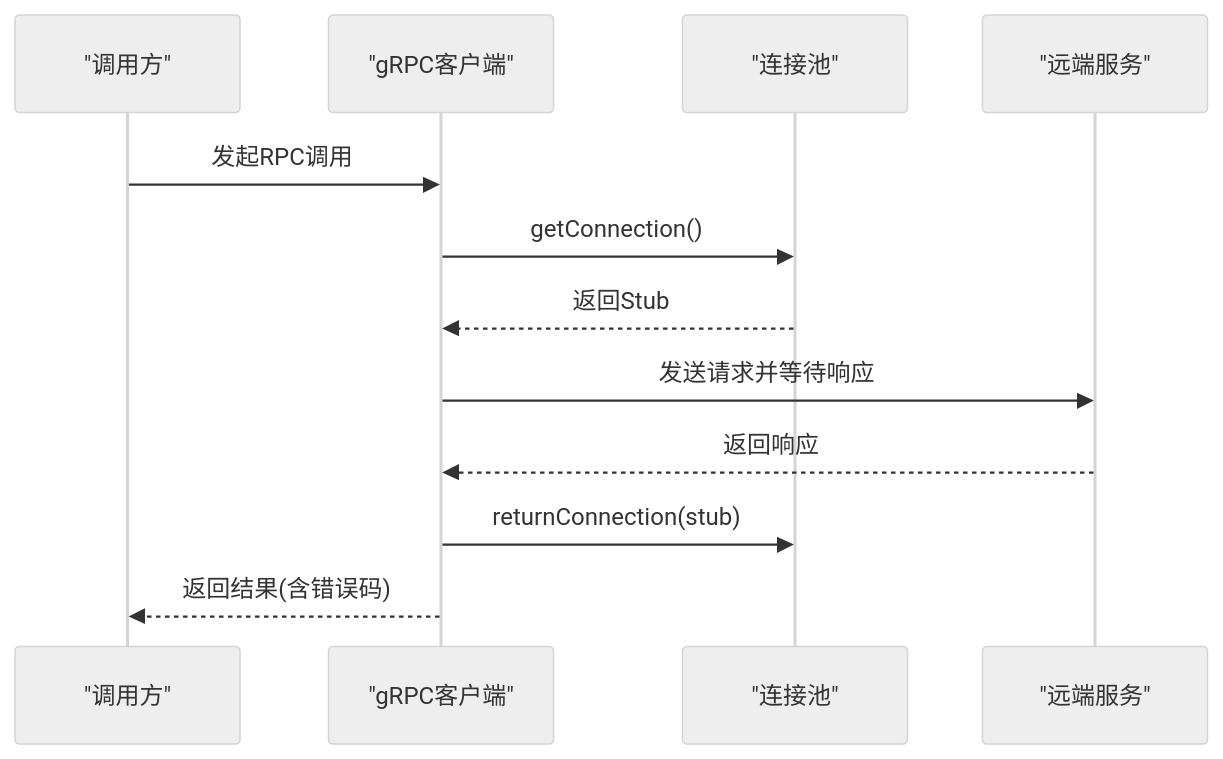
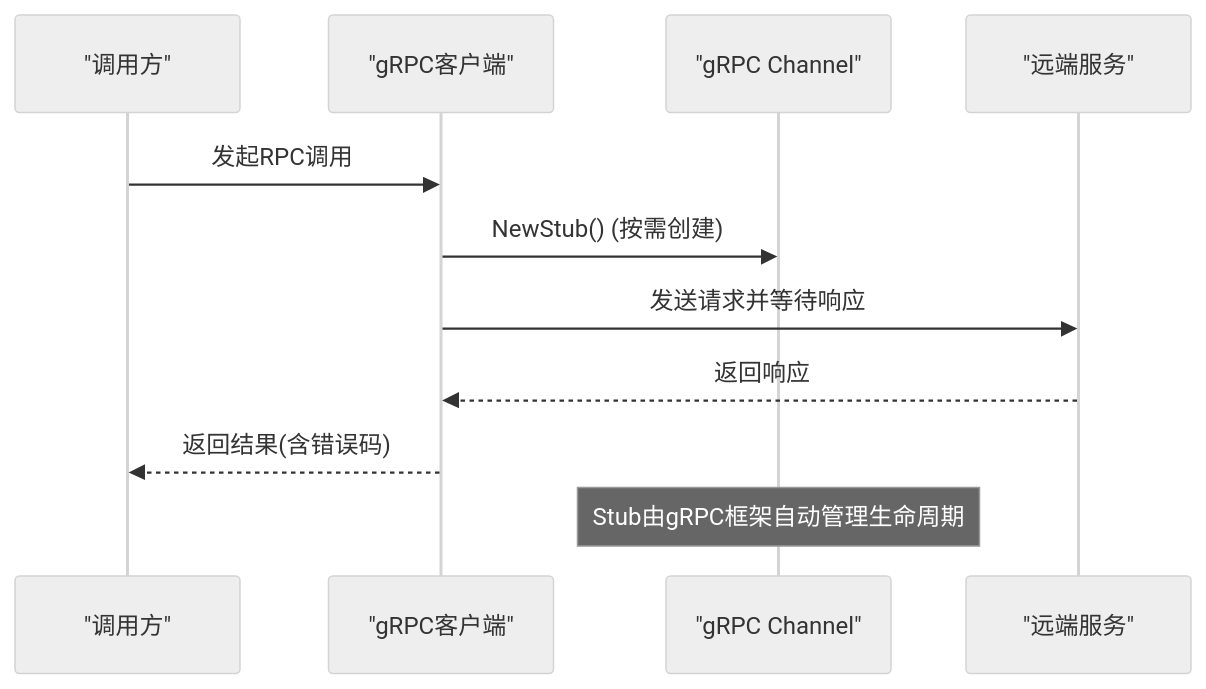
The second of 8 diagrams in .qoder/repowiki/zh/content/网络通信/gRPC微服务接口/gRPC客户端实现指南.md (echo9923/mychatter), drawn with Mermaid (neutral theme) before and after one commit. The commit also changed other lines of this file and 54 other files, not shown here.

````diff
--- a/.qoder/repowiki/zh/content/网络通信/gRPC微服务接口/gRPC客户端实现指南.md
+++ b/.qoder/repowiki/zh/content/网络通信/gRPC微服务接口/gRPC客户端实现指南.md
@@ -115,14 +111,13 @@
 ```mermaid
 sequenceDiagram
 participant Caller as "调用方"
 participant Client as "gRPC客户端"
-participant Pool as "连接池"
+participant Channel as "gRPC Channel"
 participant Service as "远端服务"
 Caller->>Client : 发起RPC调用
-Client->>Pool : getConnection()
-Pool-->>Client : 返回Stub
+Client->>Channel : NewStub() (按需创建)
 Client->>Service : 发送请求并等待响应
 Service-->>Client : 返回响应
-Client->>Pool : returnConnection(stub)
 Client-->>Caller : 返回结果(含错误码)
+Note over Channel : Stub由gRPC框架自动管理生命周期
 ```
````
